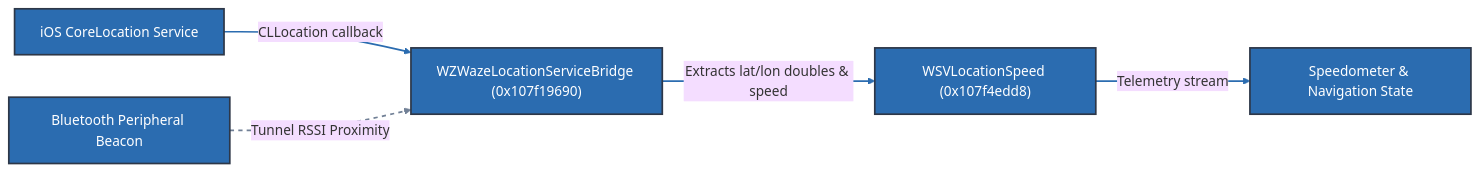
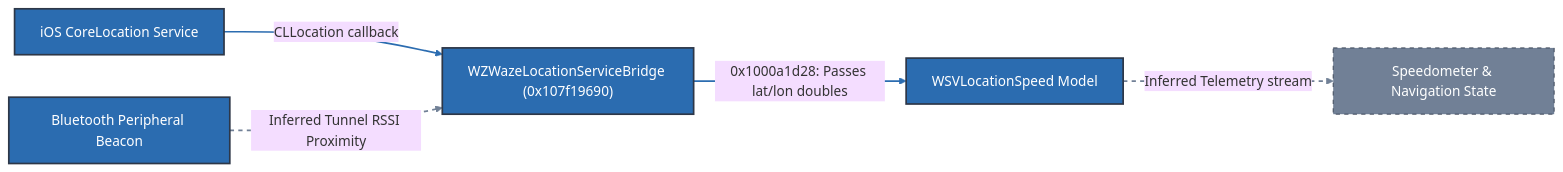
Before and after one commit to ysiduc/waze: the fourth of 4 diagrams in diagrams/architecture.md, drawn with Mermaid (base theme). The commit also changed other lines of this file and 10 other files, not shown here.

````diff
--- a/diagrams/architecture.md
+++ b/diagrams/architecture.md
@@ -119,14 +124,14 @@
 ```mermaid
 flowchart LR
     classDef verified fill:#2b6cb0,stroke:#2d3748,stroke-width:2px,color:#fff;
     classDef inferred fill:#718096,stroke:#2d3748,stroke-width:1px,stroke-dasharray: 5 5,color:#fff;
 
     GPS["iOS CoreLocation Service"]:::verified -->|CLLocation callback| Bridge["WZWazeLocationServiceBridge (0x107f19690)"]:::verified
-    BT["Bluetooth Peripheral Beacon"]:::verified -.->|Tunnel RSSI Proximity| Bridge
+    BT["Bluetooth Peripheral Beacon"]:::verified -.->|Inferred Tunnel RSSI Proximity| Bridge
 
-    Bridge -->|Extracts lat/lon doubles & speed| Model["WSVLocationSpeed (0x107f4edd8)"]:::verified
-    Model -->|Telemetry stream| UI["Speedometer & Navigation State"]:::verified
+    Bridge -->|0x1000a1d28: Passes lat/lon doubles| Model["WSVLocationSpeed Model"]:::verified
+    Model -.->|Inferred Telemetry stream| UI["Speedometer & Navigation State"]:::inferred
 
-    linkStyle 0,2,3 stroke:#2b6cb0,stroke-width:2px;
-    linkStyle 1 stroke:#718096,stroke-width:2px,stroke-dasharray: 5 5;
+    linkStyle 0,2 stroke:#2b6cb0,stroke-width:2px;
+    linkStyle 1,3 stroke:#718096,stroke-width:2px,stroke-dasharray: 5 5;
 ```
````
